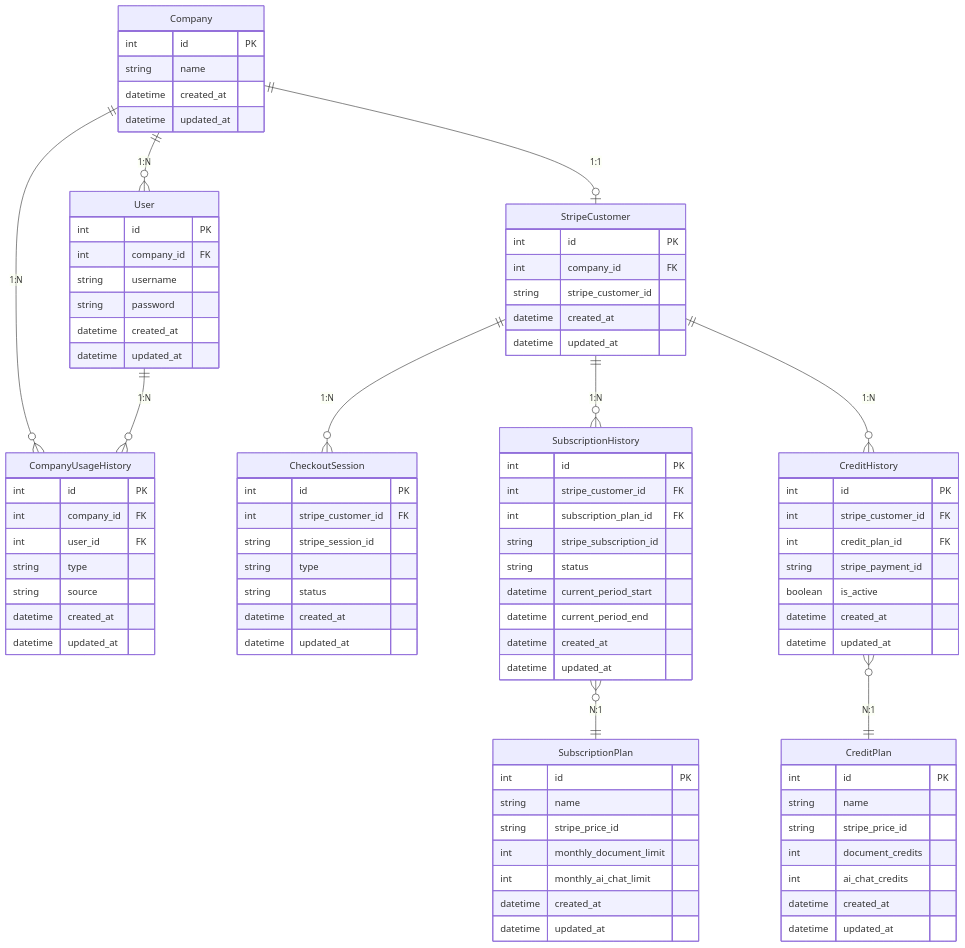
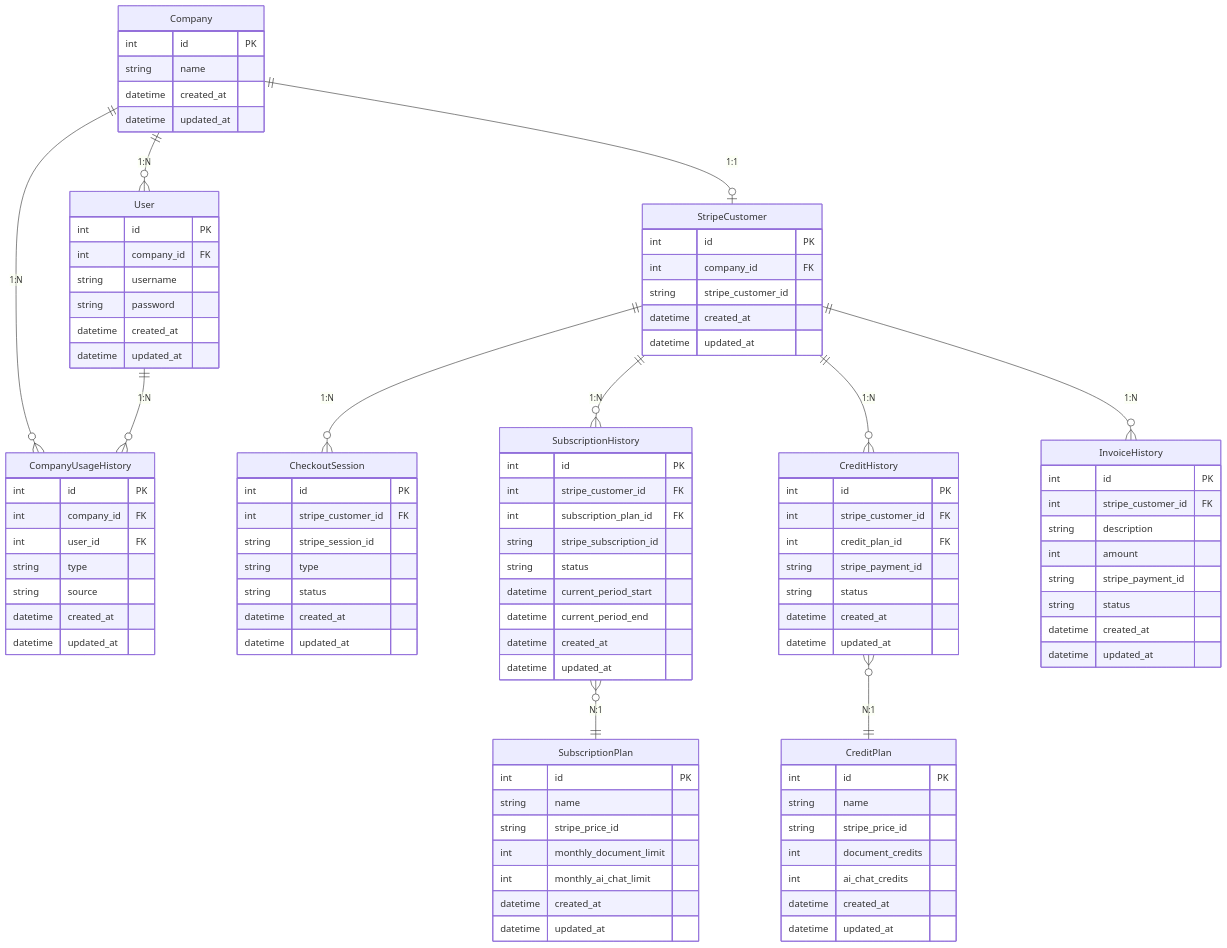
Before and after one commit to suzuki-tomok/payment-core: the diagram in docs/er-diagram.md, drawn with Mermaid. The commit also changed other lines of this file and 25 other files, not shown here.

````diff
--- a/docs/er-diagram.md
+++ b/docs/er-diagram.md
@@ -11,6 +11,7 @@
     SubscriptionHistory }o--|| SubscriptionPlan : "N:1"
     StripeCustomer ||--o{ CreditHistory : "1:N"
     CreditHistory }o--|| CreditPlan : "N:1"
+    StripeCustomer ||--o{ InvoiceHistory : "1:N"
 
     User {
         int id PK
@@ -83,7 +84,7 @@
         int stripe_customer_id FK
         int credit_plan_id FK
         string stripe_payment_id
-        boolean is_active
+        string status
         datetime created_at
         datetime updated_at
     }
@@ -97,4 +98,15 @@
         datetime created_at
         datetime updated_at
     }
+
+    InvoiceHistory {
+        int id PK
+        int stripe_customer_id FK
+        string description
+        int amount
+        string stripe_payment_id
+        string status
+        datetime created_at
+        datetime updated_at
+    }
 ```
````
